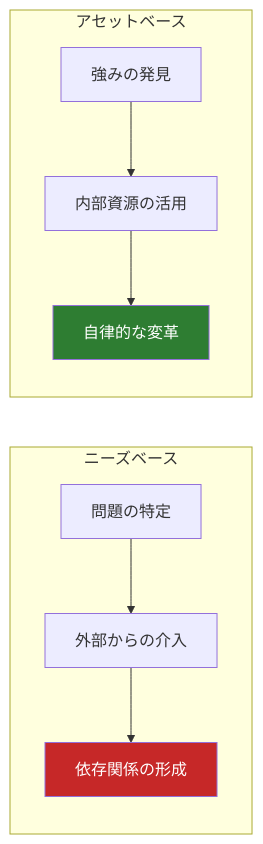
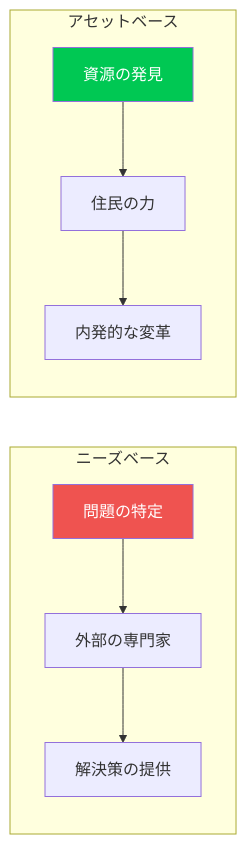
One commit to Hide-nu/Designer-curriculum changed the third of 4 diagrams in docs/books/03-social-transformation/ch03-participatory-design.md. Above: the diagram before and after it, drawn with Mermaid. The commit also changed other lines of this file and 13 other files, not shown here.

````diff
--- a/docs/books/03-social-transformation/ch03-participatory-design.md
+++ b/docs/books/03-social-transformation/ch03-participatory-design.md
@@ -149,15 +121,13 @@
 ```mermaid
 graph LR
     subgraph ニーズベース
-        A[問題の特定] --> B[外部からの介入]
-        B --> C[依存関係の形成]
+        A[問題の特定] --> B[外部の専門家]
+        B --> C[解決策の提供]
     end
-
     subgraph アセットベース
-        D[強みの発見] --> E[内部資源の活用]
-        E --> F[自律的な変革]
+        D[資源の発見] --> E[住民の力]
+        E --> F[内発的な変革]
     end
-
-    style C fill:#c62828,color:#fff
-    style F fill:#2e7d32,color:#fff
+    style A fill:#ef5350,color:#fff
+    style D fill:#00c853,color:#fff
 ```
````
